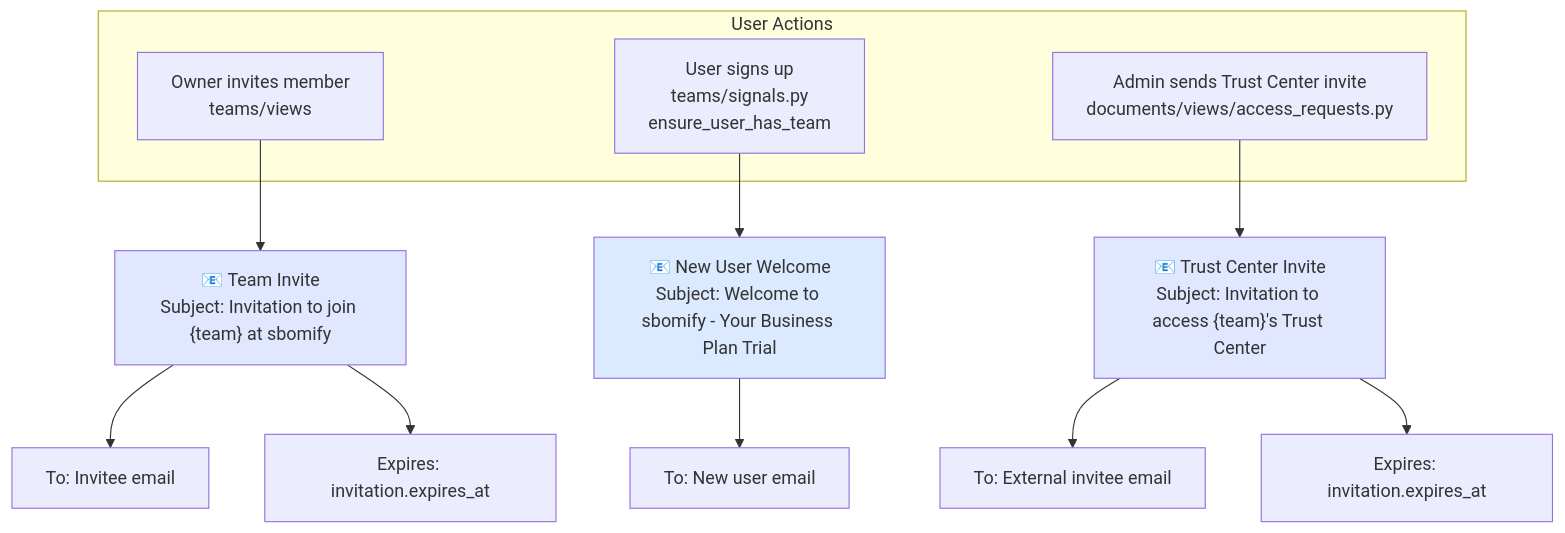
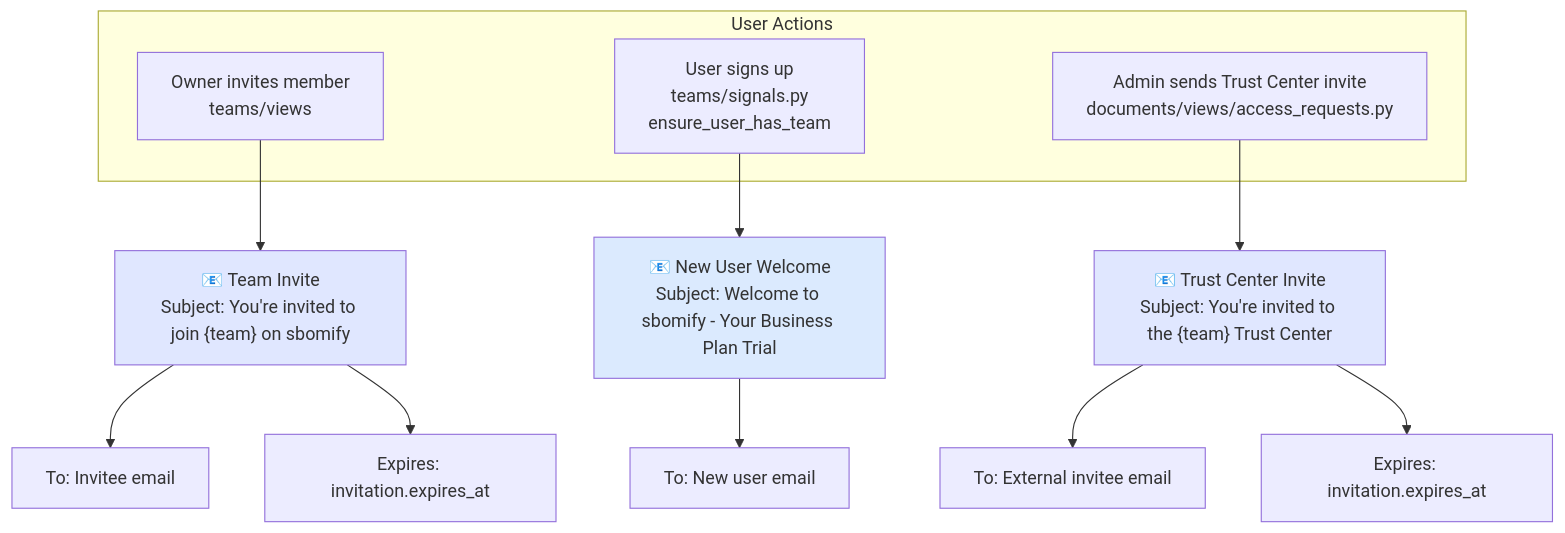
Before and after one commit to sbomify/sbomify: the fourth of 7 diagrams in docs/email-triggers.md, drawn with Mermaid. The commit also changed other lines of this file and 1 other file, not shown here.

````diff
--- a/docs/email-triggers.md
+++ b/docs/email-triggers.md
@@ -157,23 +157,23 @@
 ```mermaid
 flowchart TD
     subgraph User Actions
         A1[Owner invites member\nteams/views]
         A2[User signs up\nteams/signals.py\nensure_user_has_team]
         A3[Admin sends Trust Center invite\ndocuments/views/access_requests.py]
     end
 
-    A1 --> E1["📧 Team Invite\nSubject: Invitation to join {team} at sbomify"]
+    A1 --> E1["📧 Team Invite\nSubject: You're invited to join {team} on sbomify"]
     A2 --> E2["📧 New User Welcome\nSubject: Welcome to sbomify - Your Business Plan Trial"]
-    A3 --> E3["📧 Trust Center Invite\nSubject: Invitation to access {team}'s Trust Center"]
+    A3 --> E3["📧 Trust Center Invite\nSubject: You're invited to the {team} Trust Center"]
 
     E1 --> R1[To: Invitee email]
     E2 --> R2[To: New user email]
     E3 --> R3[To: External invitee email]
 
     E1 --> EXP1["Expires: invitation.expires_at"]
     E3 --> EXP2["Expires: invitation.expires_at"]
 
     style E1 fill:#e0e7ff
     style E2 fill:#dbeafe
     style E3 fill:#e0e7ff
 ```
````
